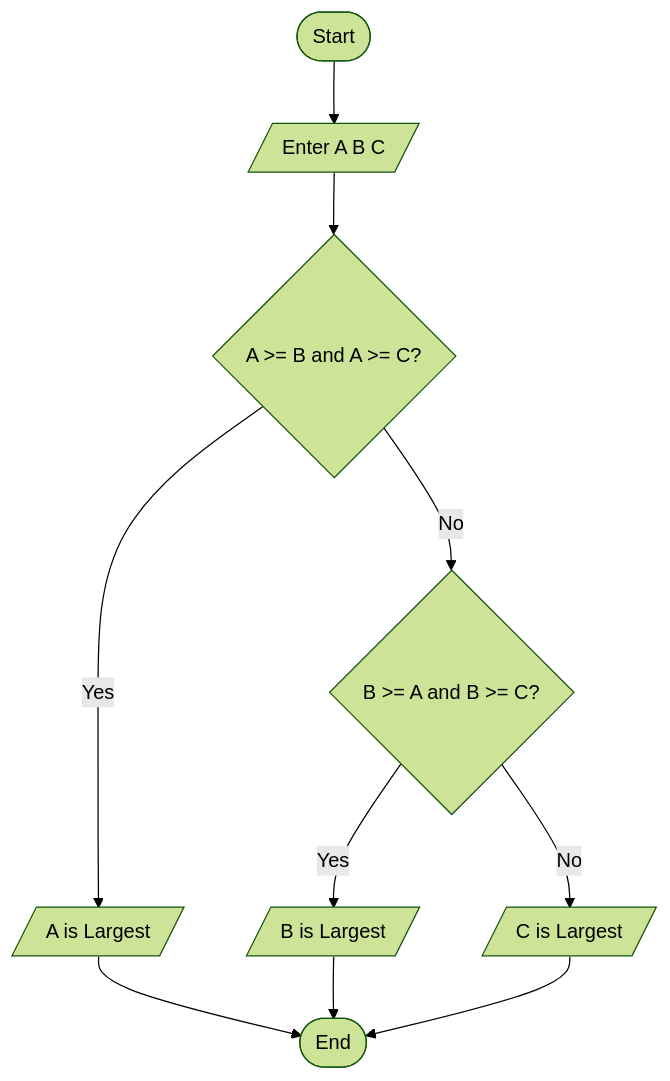
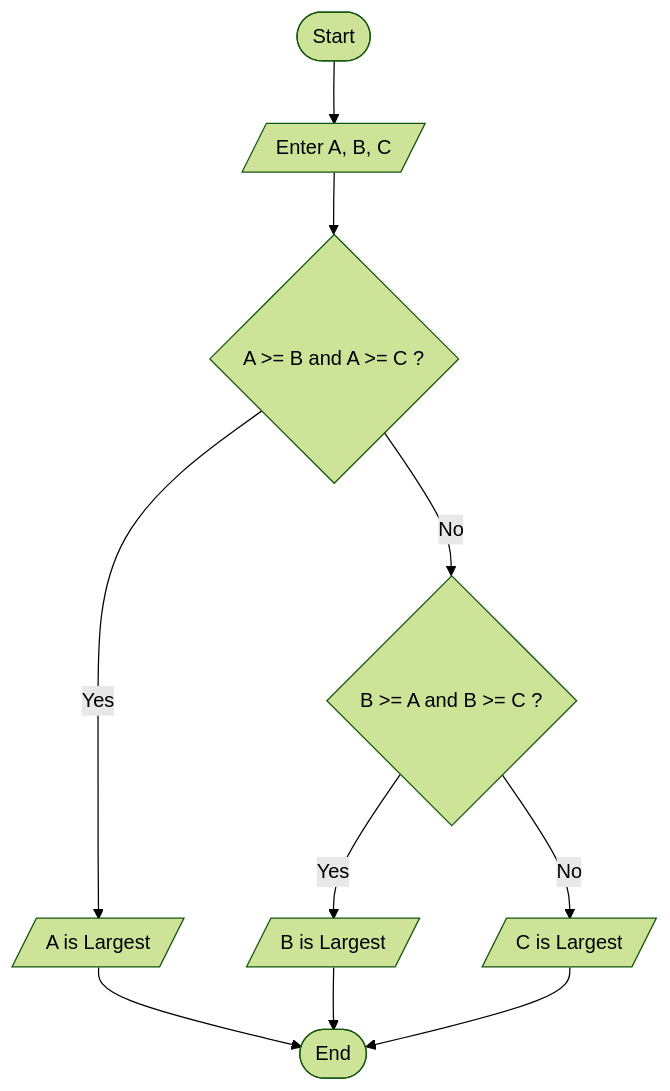
Before and after one commit to cwa-web/BasicPythonPrograms: the seventh of 20 diagrams in README.md, drawn with Mermaid (forest theme). The commit also changed other lines of this file, not shown here.

First line of the commit message:
Refactor flow diagrams to use Mermaid syntax

````diff
--- a/README.md
+++ b/README.md
@@ -235,12 +247,12 @@
   ```mermaid
   flowchart TD
-      A([Start]) --> B[/Enter A B C/]
-      B --> C{A >= B and A >= C?}
+      A([Start]) --> B[/Enter A, B, C/]
+      B --> C{"A >= B and A >= C ?"}
       C -- Yes --> D[/A is Largest/]
-      C -- No --> E{B >= A and B >= C?}
+      C -- No --> E{"B >= A and B >= C ?"}
       E -- Yes --> F[/B is Largest/]
       E -- No --> G[/C is Largest/]
       D --> H([End])
       F --> H
       G --> H
   ```
````
